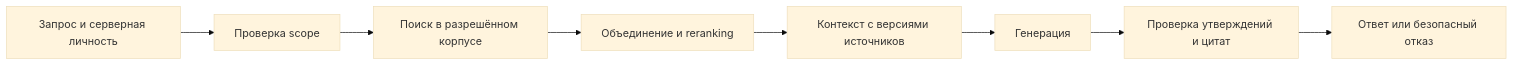
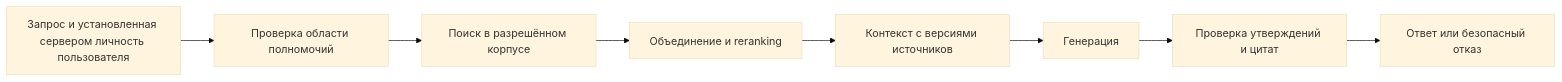
One commit to GMNaumov/llm-production-course changed the diagram in materials/modules/04-rag/self-study.md. Above: the diagram before and after it, drawn with Mermaid (base theme). The commit also changed other lines of this file and 27 other files, not shown here.

````diff
--- a/materials/modules/04-rag/self-study.md
+++ b/materials/modules/04-rag/self-study.md
@@ -17,10 +17,10 @@
 ```mermaid
 flowchart LR
-    A[Запрос и серверная личность] --> B[Проверка scope]
+    A[Запрос и установленная сервером личность пользователя] --> B[Проверка области полномочий]
     B --> C[Поиск в разрешённом корпусе]
     C --> D[Объединение и reranking]
     D --> E[Контекст с версиями источников]
     E --> F[Генерация]
     F --> G[Проверка утверждений и цитат]
     G --> H[Ответ или безопасный отказ]
 ```
````
